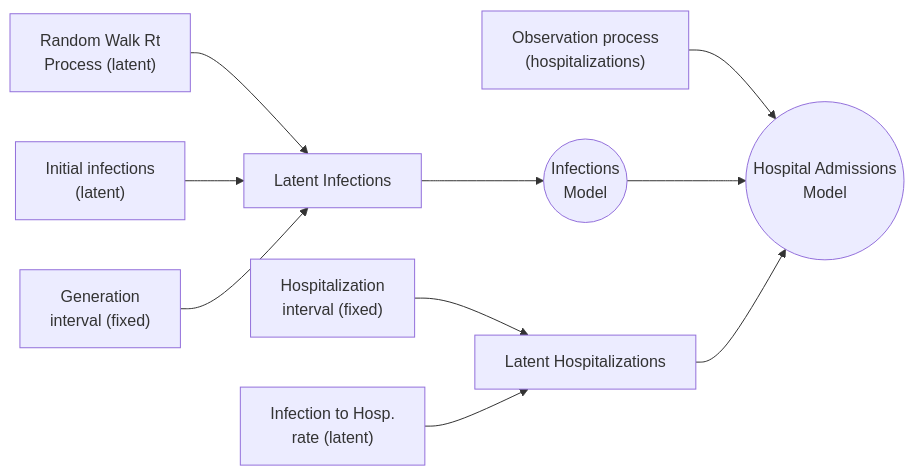
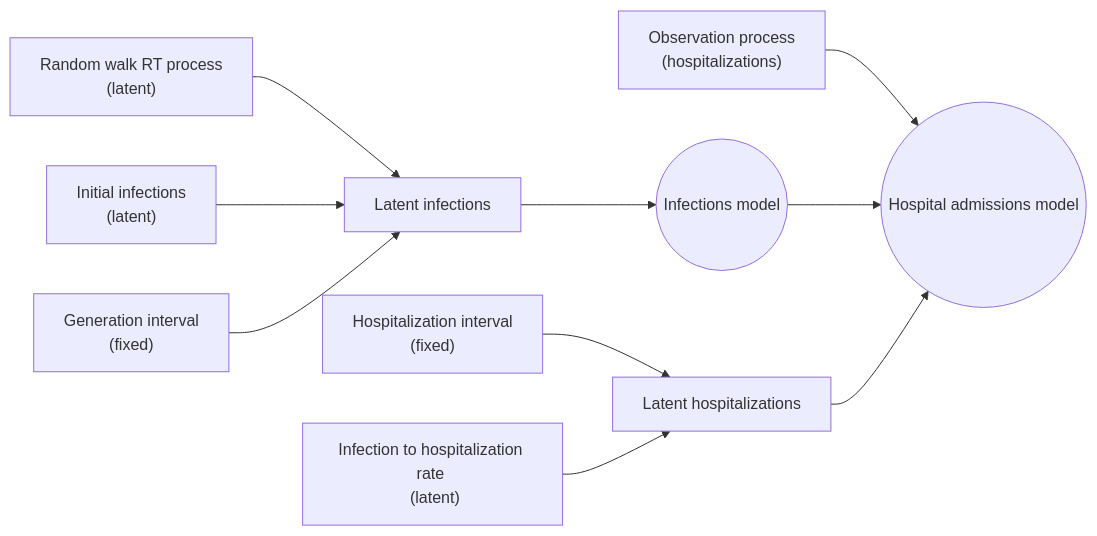
One commit to CDCgov/PyRenew changed the diagram in README.md. Above: the diagram before and after it, drawn with Mermaid. The commit also changed other lines of this file and 6 other files, not shown here.

````diff
--- a/README.md
+++ b/README.md
@@ -9,31 +11,31 @@
 ```mermaid
 flowchart LR
 
   %% Elements
-  rt_proc["Random Walk Rt\nProcess (latent)"];
-  latent_inf["Latent Infections"]
-  latent_ihr["Infection to Hosp.\nrate (latent)"]
-  neg_binom["Observation process\n(hospitalizations)"]
-  latent_hosp["Latent Hospitalizations"];
-  i0["Initial infections\n(latent)"];
-  gen_int["Generation\ninterval (fixed)"];
-  hosp_int["Hospitalization\ninterval (fixed)"];
+  rt_proc["Random walk RT process <br> (latent)"];
+  latent_inf["Latent infections"]
+  latent_ihr["Infection to hospitalization rate <br> (latent)"]
+  neg_binom["Observation process <br> (hospitalizations)"]
+  latent_hosp["Latent hospitalizations"];
+  i0["Initial infections <br> (latent)"];
+  gen_int["Generation interval <br> (fixed)"];
+  hosp_int["Hospitalization interval <br> (fixed)"];
 
   %% Models
-  basic_model(("Infections\nModel"));
-  admin_model(("Hospital Admissions\nModel"));
+  basic_model(("Infections model"));
+  admin_model(("Hospital admissions model"));
 
   %% Latent infections
   rt_proc --> latent_inf;
   i0 --> latent_inf;
   gen_int --> latent_inf;
   latent_inf --> basic_model
 
   %% Hospitalizations
   hosp_int --> latent_hosp
 
   neg_binom --> admin_model;
   latent_ihr --> latent_hosp;
   basic_model --> admin_model;
   latent_hosp --> admin_model;
 ```
````
